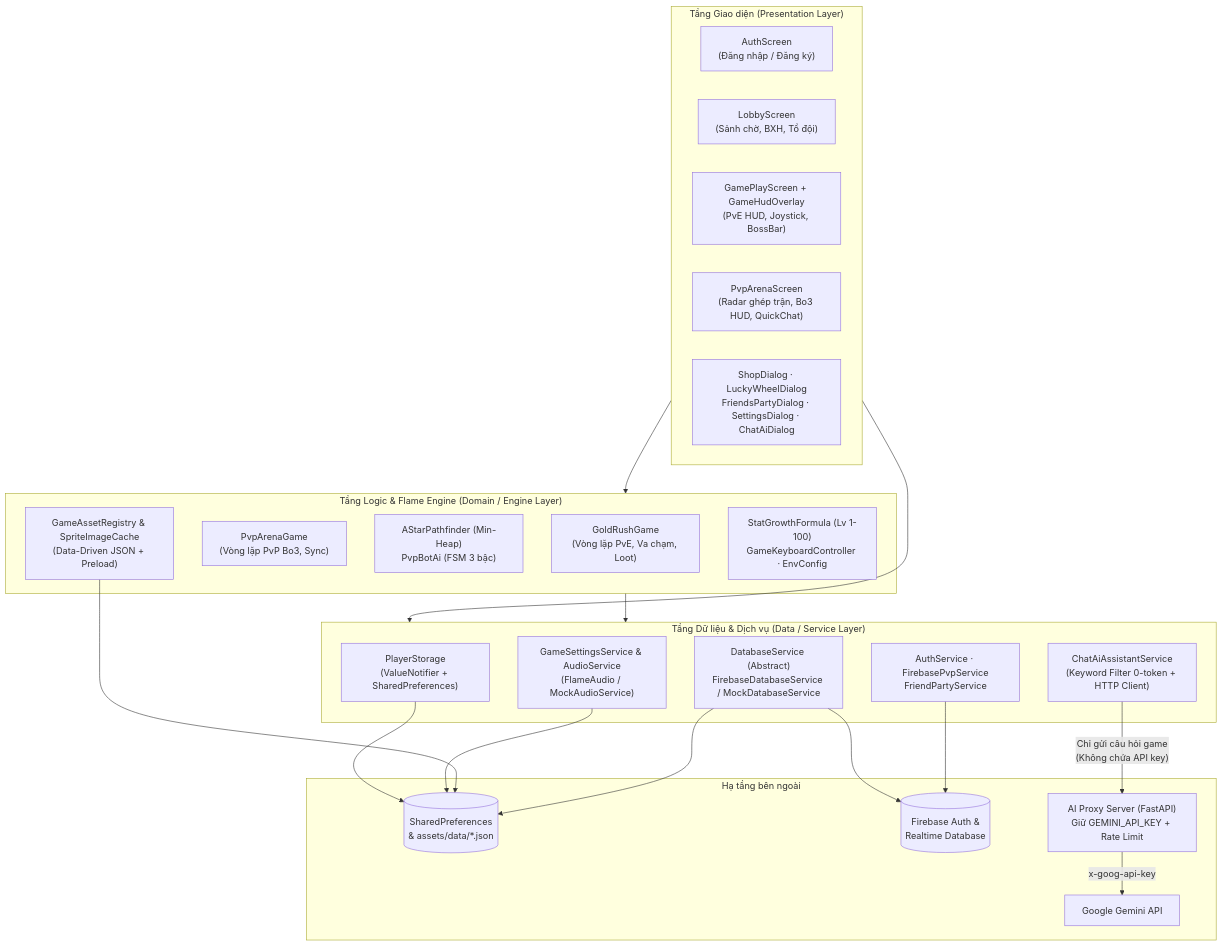
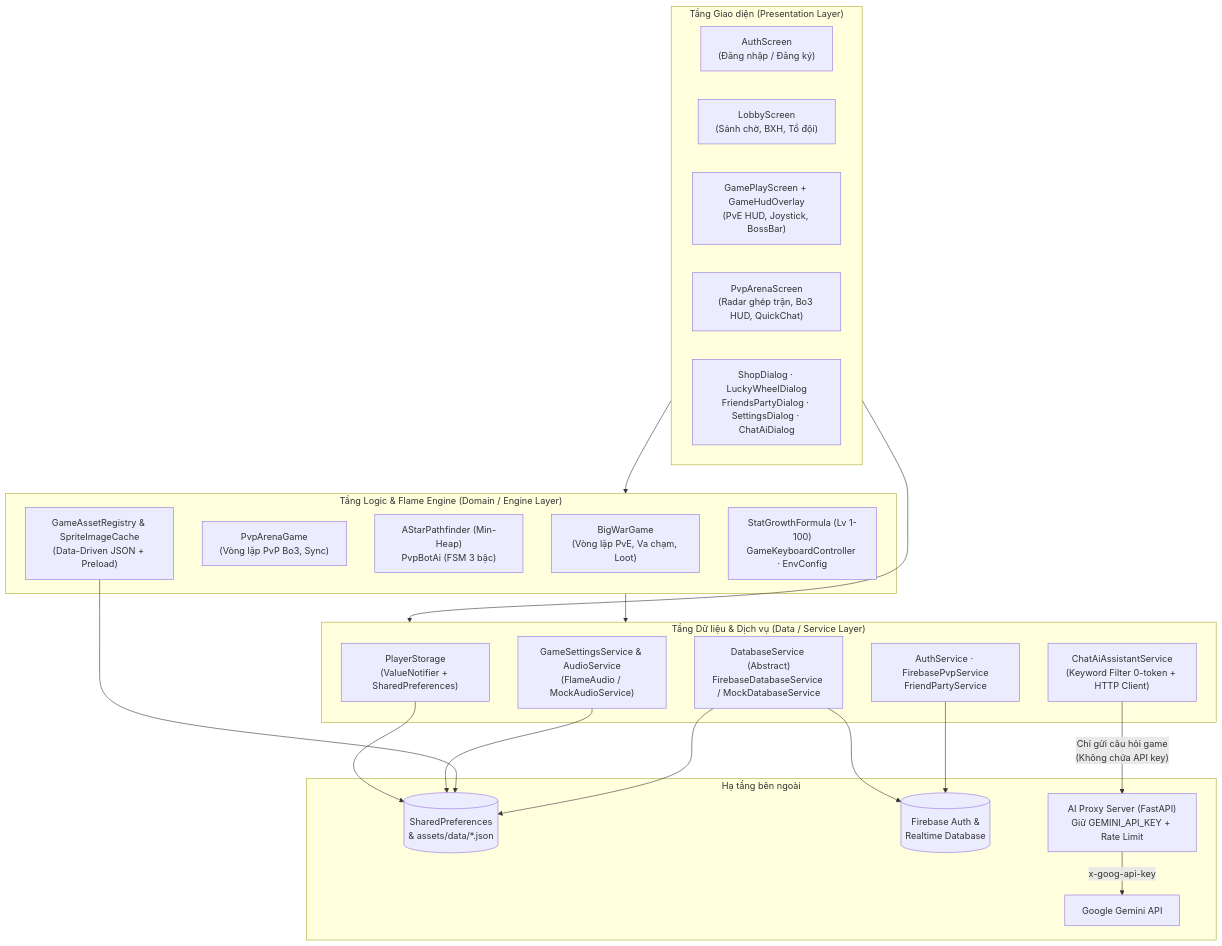
Before and after one commit to TolaTien/My-game: the diagram in README.md, drawn with Mermaid. The commit also changed other lines of this file and 30 other files, not shown here.

First line of the commit message:
Refactor game structure from Gold Rush to Big War

````diff
--- a/README.md
+++ b/README.md
@@ -122,45 +122,45 @@
 ```mermaid
 flowchart TB
     subgraph UI["Tầng Giao diện (Presentation Layer)"]
         Auth["AuthScreen<br/>(Đăng nhập / Đăng ký)"]
         Lobby["LobbyScreen<br/>(Sảnh chờ, BXH, Tổ đội)"]
         PvE["GamePlayScreen + GameHudOverlay<br/>(PvE HUD, Joystick, BossBar)"]
         PvP["PvpArenaScreen<br/>(Radar ghép trận, Bo3 HUD, QuickChat)"]
         Dialogs["ShopDialog · LuckyWheelDialog<br/>FriendsPartyDialog · SettingsDialog · ChatAiDialog"]
     end
 
     subgraph Logic["Tầng Logic & Flame Engine (Domain / Engine Layer)"]
-        GRG["GoldRushGame<br/>(Vòng lặp PvE, Va chạm, Loot)"]
+        BWG["BigWarGame<br/>(Vòng lặp PvE, Va chạm, Loot)"]
         PAG["PvpArenaGame<br/>(Vòng lặp PvP Bo3, Sync)"]
         AI["AStarPathfinder (Min-Heap)<br/>PvpBotAi (FSM 3 bậc)"]
         Reg["GameAssetRegistry & SpriteImageCache<br/>(Data-Driven JSON + Preload)"]
         Core["StatGrowthFormula (Lv 1-100)<br/>GameKeyboardController · EnvConfig"]
     end
 
     subgraph Data["Tầng Dữ liệu & Dịch vụ (Data / Service Layer)"]
         PS["PlayerStorage<br/>(ValueNotifier + SharedPreferences)"]
         GS["GameSettingsService & AudioService<br/>(FlameAudio / MockAudioService)"]
         DB["DatabaseService (Abstract)<br/>FirebaseDatabaseService / MockDatabaseService"]
         AuthSvc["AuthService · FirebasePvpService<br/>FriendPartyService"]
         ChatSvc["ChatAiAssistantService<br/>(Keyword Filter 0-token + HTTP Client)"]
     end
 
     subgraph External["Hạ tầng bên ngoài"]
         Local[("SharedPreferences<br/>& assets/data/*.json")]
         FB[("Firebase Auth &<br/>Realtime Database")]
         Proxy["AI Proxy Server (FastAPI)<br/>Giữ GEMINI_API_KEY + Rate Limit"]
         Gemini["Google Gemini API"]
     end
 
     UI --> Logic
     UI --> Data
     Logic --> Data
     PS --> Local
     GS --> Local
     Reg --> Local
     DB --> Local
     DB --> FB
     AuthSvc --> FB
     ChatSvc -->|"Chỉ gửi câu hỏi game<br/>(Không chứa API key)"| Proxy
     Proxy -->|"x-goog-api-key"| Gemini
 ```
````
